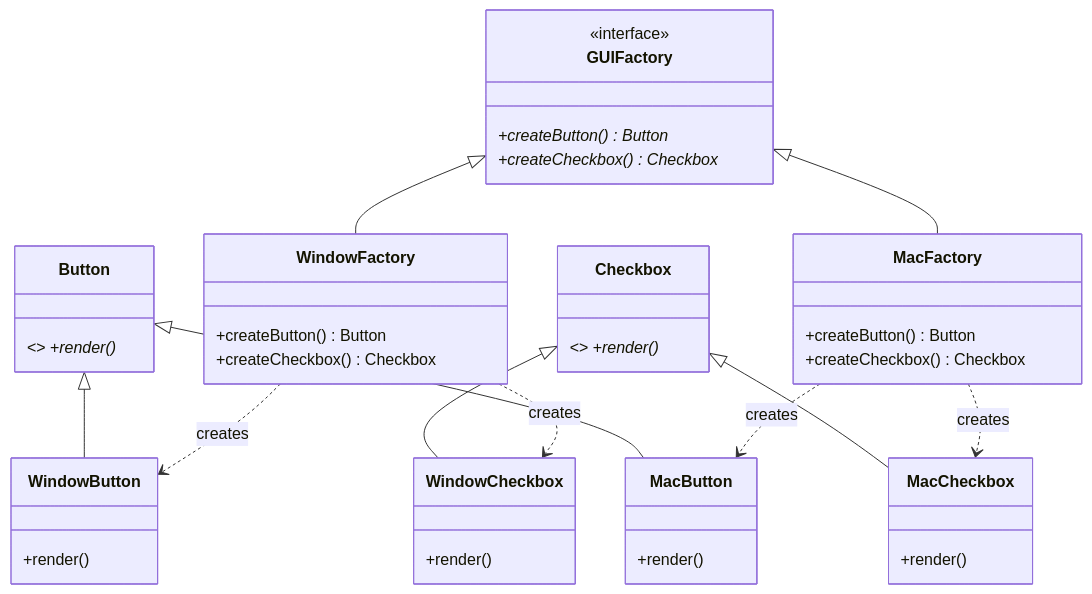
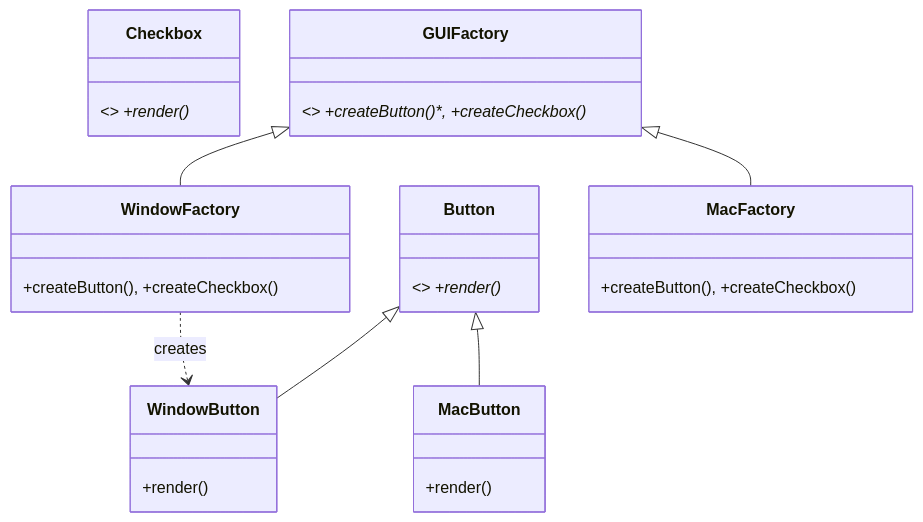
Before and after one commit to divyap271/systemDesign: the sixth of 22 diagrams in readme.md, drawn with Mermaid. The commit also changed other lines of this file, not shown here.

````diff
--- a/readme.md
+++ b/readme.md
@@ -111,34 +106,15 @@
 ```mermaid
 classDiagram
     class Button { <<interface>> +render()* }
     class Checkbox { <<interface>> +render()* }
     class WindowButton { +render() }
     class MacButton { +render() }
-    class WindowCheckbox { +render() }
-    class MacCheckbox { +render() }
-    
-    class GUIFactory {
-        <<interface>>
-        +createButton()* Button
-        +createCheckbox()* Checkbox
-    }
-    class WindowFactory {
-        +createButton() Button
-        +createCheckbox() Checkbox
-    }
-    class MacFactory {
-        +createButton() Button
-        +createCheckbox() Checkbox
-    }
-
+    class GUIFactory { <<interface>> +createButton()*, +createCheckbox()* }
+    class WindowFactory { +createButton(), +createCheckbox() }
+    class MacFactory { +createButton(), +createCheckbox() }
     Button <|-- WindowButton
     Button <|-- MacButton
-    Checkbox <|-- WindowCheckbox
-    Checkbox <|-- MacCheckbox
     GUIFactory <|-- WindowFactory
     GUIFactory <|-- MacFactory
     WindowFactory ..> WindowButton : creates
-    WindowFactory ..> WindowCheckbox : creates
-    MacFactory ..> MacButton : creates
-    MacFactory ..> MacCheckbox : creates
 ```
````
